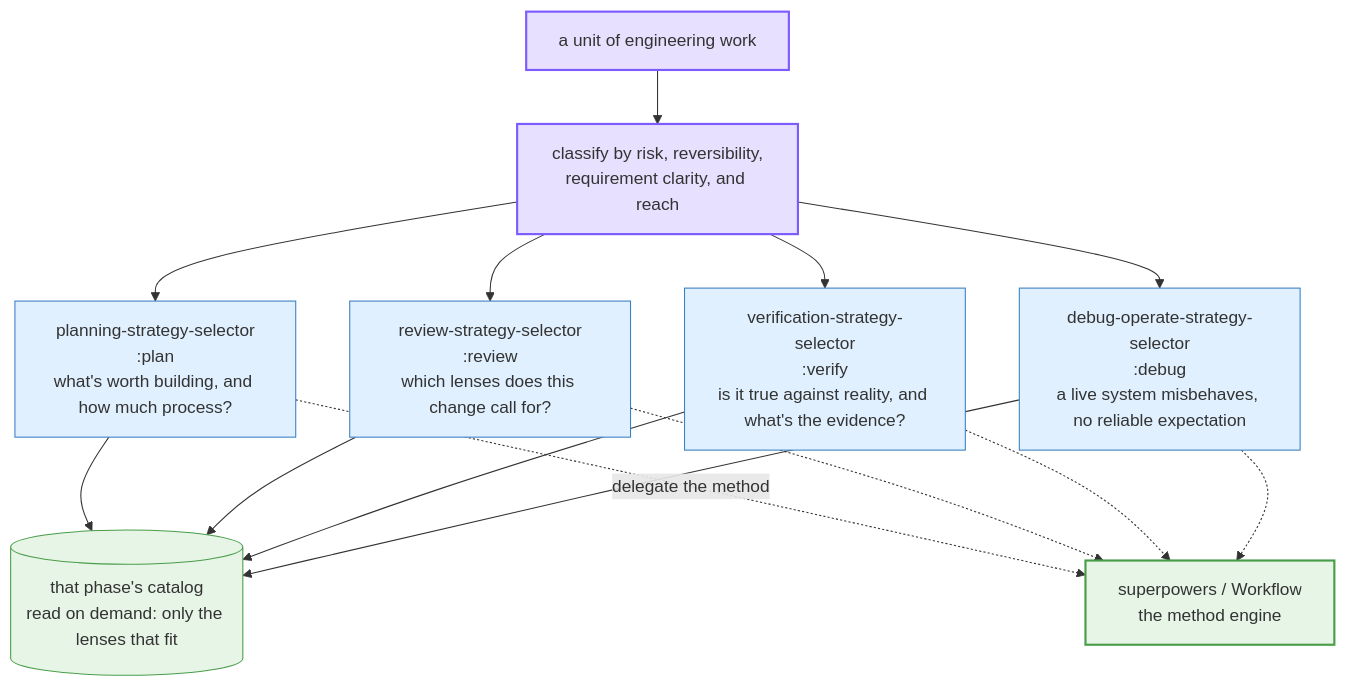
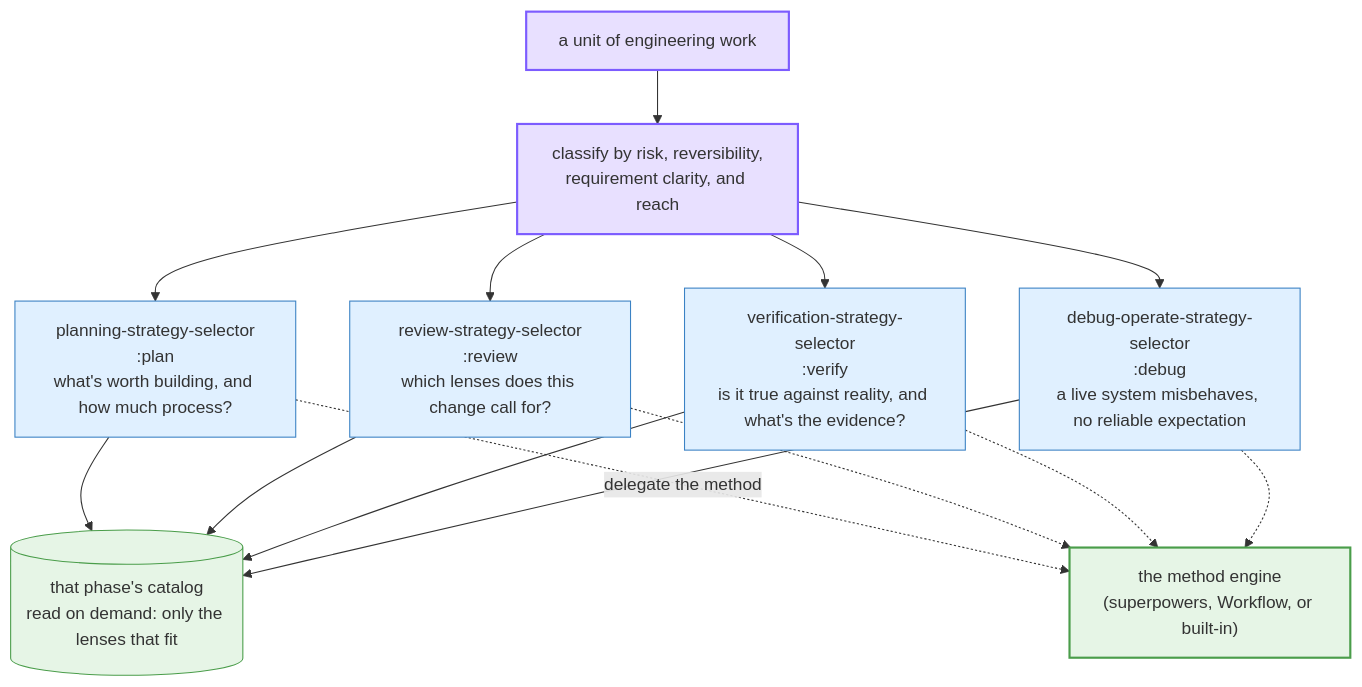
One commit to lucasfugisawa/deliberate-engineering changed the first of 3 diagrams in docs/architecture-and-usage.md. Above: the diagram before and after it, drawn with Mermaid. The commit also changed other lines of this file and 1 other file, not shown here.

````diff
--- a/docs/architecture-and-usage.md
+++ b/docs/architecture-and-usage.md
@@ -18,34 +18,34 @@
 ```mermaid
 flowchart TD
     work["a unit of engineering work"]
     axes["classify by risk, reversibility,<br/>requirement clarity, and reach"]
     plan["planning-strategy-selector<br/>:plan<br/>what's worth building, and how much process?"]
     review["review-strategy-selector<br/>:review<br/>which lenses does this change call for?"]
     verify["verification-strategy-selector<br/>:verify<br/>is it true against reality, and what's the evidence?"]
     debug["debug-operate-strategy-selector<br/>:debug<br/>a live system misbehaves, no reliable expectation"]
     catalog[("that phase's catalog<br/>read on demand: only the lenses that fit")]
-    engine["superpowers / Workflow<br/>the method engine"]
+    engine["the method engine<br/>(superpowers, Workflow, or built-in)"]
 
     work --> axes
     axes --> plan
     axes --> review
     axes --> verify
     axes --> debug
     plan --> catalog
     review --> catalog
     verify --> catalog
     debug --> catalog
     plan -.->|delegate the method| engine
     review -.-> engine
     verify -.-> engine
     debug -.-> engine
 
     classDef entry fill:#e8e0ff,stroke:#7c5cff,stroke-width:2px;
     classDef phase fill:#e0f0ff,stroke:#3b82c4,stroke-width:1px;
     classDef store fill:#e6f5e6,stroke:#4a9d4a,stroke-width:1px;
     classDef engine fill:#e6f5e6,stroke:#4a9d4a,stroke-width:2px;
     class work,axes entry
     class plan,review,verify,debug phase
     class catalog store
     class engine engine
 ```
````
